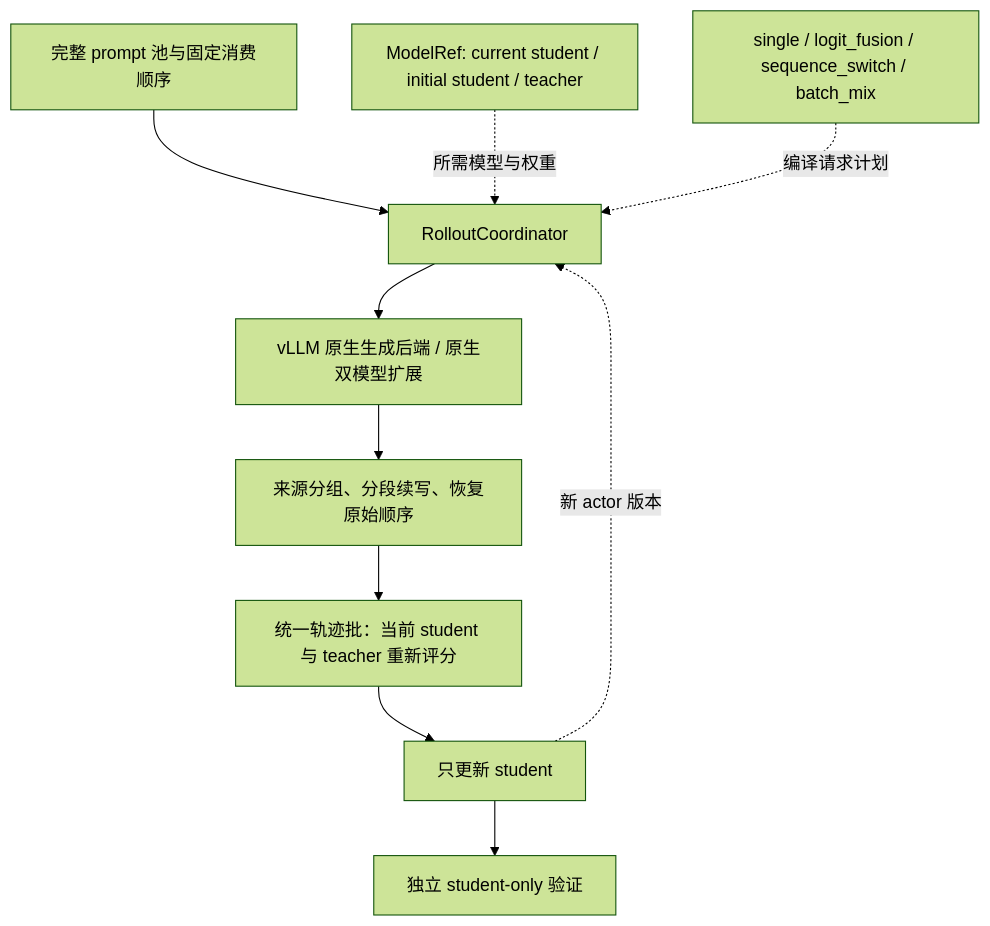
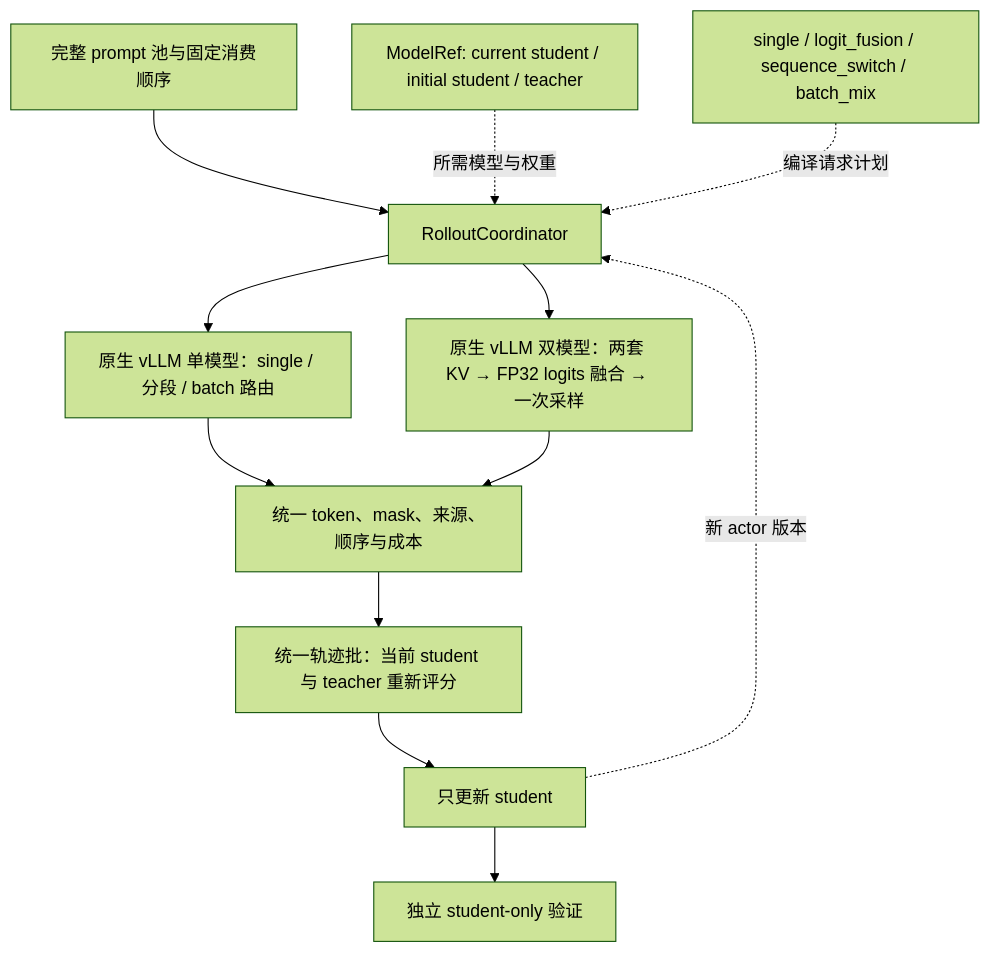
Before and after one commit to WncFht/OPD-State: the diagram in docs/architecture.md, drawn with Mermaid (forest theme). The commit also changed other lines of this file and 2 other files, not shown here.

Commit message:
docs(architecture): Review native fusion inference implementations

````diff
--- a/docs/architecture.md
+++ b/docs/architecture.md
@@ -133,12 +153,14 @@
 ```mermaid
 flowchart TD
     D["完整 prompt 池与固定消费顺序"] --> R["RolloutCoordinator"]
     M["ModelRef: current student / initial student / teacher"] -. 所需模型与权重 .-> R
     P["single / logit_fusion / sequence_switch / batch_mix"] -. 编译请求计划 .-> R
-    R --> B["vLLM 原生生成后端 / 原生双模型扩展"]
-    B --> G["来源分组、分段续写、恢复原始顺序"]
+    R --> B["原生 vLLM 单模型：single / 分段 / batch 路由"]
+    R --> F["原生 vLLM 双模型：两套 KV → FP32 logits 融合 → 一次采样"]
+    B --> G["统一 token、mask、来源、顺序与成本"]
+    F --> G
     G --> S["统一轨迹批：当前 student 与 teacher 重新评分"]
     S --> U["只更新 student"]
     U -. 新 actor 版本 .-> R
     U --> E["独立 student-only 验证"]
 ```
````
